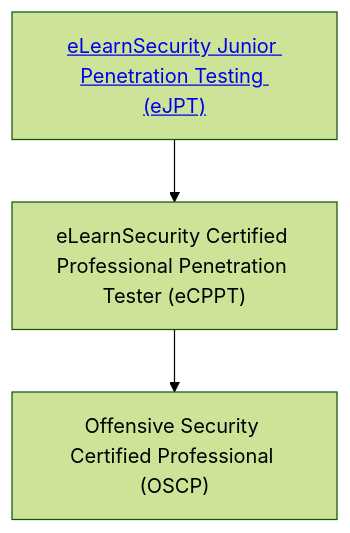
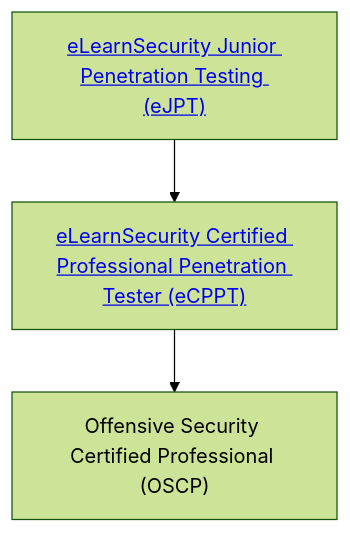
Before and after one commit to Greg-T8/eJPT: the diagram in README.md, drawn with Mermaid (forest theme).

Commit message:
Updated BHP README

````diff
--- a/README.md
+++ b/README.md
@@ -13,6 +13,6 @@
 ```mermaid
   flowchart TD
     A["<a href='https://elearnsecurity.com/product/ejpt-certification/'>eLearnSecurity Junior Penetration Testing (eJPT)</a>"] --> B
-    B["eLearnSecurity Certified Professional Penetration Tester (eCPPT)"] --> C
+    B["<a href='https://elearnsecurity.com/product/ecpptv2-certification/'>eLearnSecurity Certified Professional Penetration Tester (eCPPT)</a>"] --> C
     C["Offensive Security Certified Professional (OSCP)"]
 ```
````
